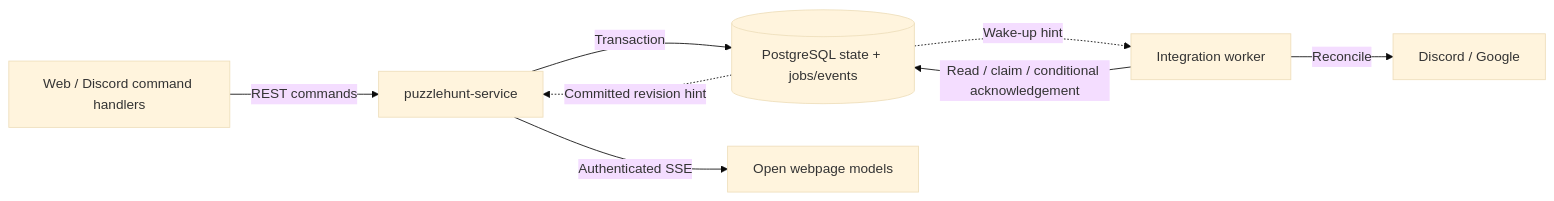
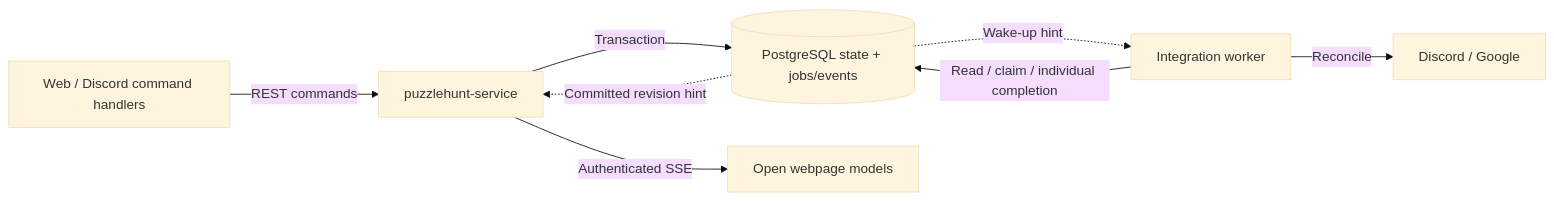
One commit to Abe27342/belle-puzzles changed the diagram in packages/puzzlehunt-model/ARCHITECTURE_DECISIONS.md. Above: the diagram before and after it, drawn with Mermaid (base theme). The commit also changed other lines of this file and 1 other file, not shown here.

Commit message:
Align model architecture docs with reviewed session and integration contracts

````diff
--- a/packages/puzzlehunt-model/ARCHITECTURE_DECISIONS.md
+++ b/packages/puzzlehunt-model/ARCHITECTURE_DECISIONS.md
@@ -291,10 +317,10 @@
 ```mermaid
 flowchart LR
     Clients["Web / Discord command handlers"] -->|REST commands| API["puzzlehunt-service"]
     API -->|Transaction| DB[("PostgreSQL state + jobs/events")]
     DB -.->|Committed revision hint| API
     API -->|Authenticated SSE| Views["Open webpage models"]
     DB -.->|Wake-up hint| Worker["Integration worker"]
-    Worker -->|Read / claim / conditional acknowledgement| DB
+    Worker -->|Read / claim / individual completion| DB
     Worker -->|Reconcile| External["Discord / Google"]
 ```
````
